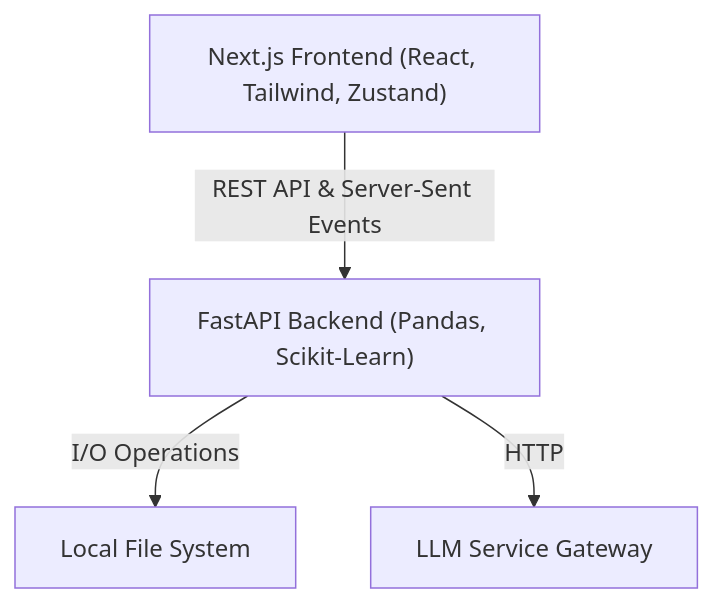
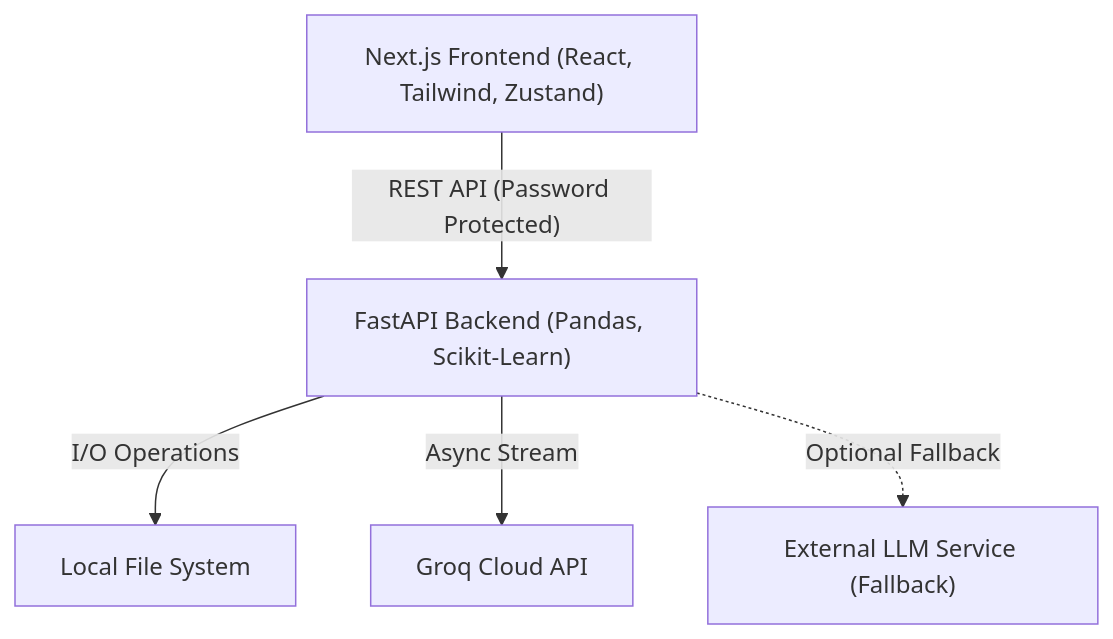
The diagram in README.md (Siddharth-Jaswal/AutoML), drawn with Mermaid before and after one commit. The commit also changed other lines of this file, not shown here.

````diff
--- a/README.md
+++ b/README.md
@@ -22,11 +23,13 @@
 ```mermaid
 graph TD
     Client["Next.js Frontend (React, Tailwind, Zustand)"]
     Backend["FastAPI Backend (Pandas, Scikit-Learn)"]
-    LLMGateway["LLM Service Gateway"]
+    GroqCloud["Groq Cloud API"]
+    LLMGateway["External LLM Service (Fallback)"]
     Storage["Local File System"]
 
-    Client -- "REST API & Server-Sent Events" --> Backend
+    Client -- "REST API (Password Protected)" --> Backend
     Backend -- "I/O Operations" --> Storage
-    Backend -- "HTTP" --> LLMGateway
+    Backend -- "Async Stream" --> GroqCloud
+    Backend -. "Optional Fallback" .-> LLMGateway
 ```
````
